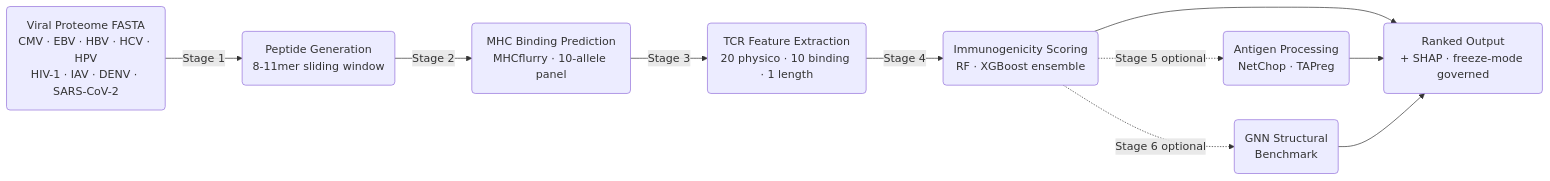
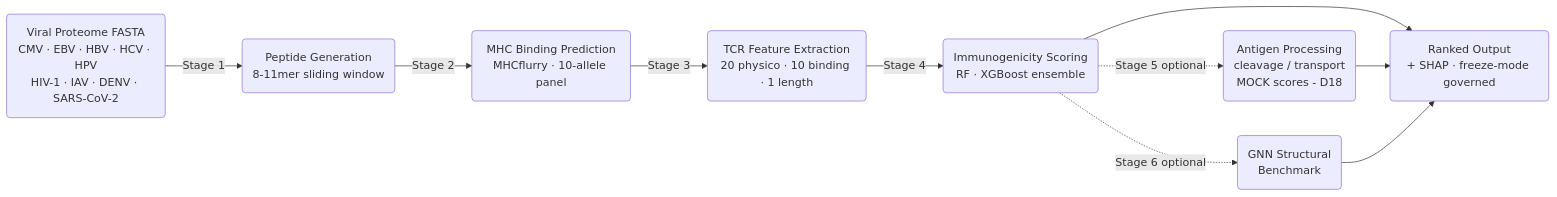
Before and after one commit to Gavin-Borges/SESTRAV: the diagram in README.md, drawn with Mermaid. The commit also changed other lines of this file and 14 other files, not shown here.

````diff
--- a/README.md
+++ b/README.md
@@ -169,12 +169,12 @@
 ```mermaid
 graph LR
     A("Viral Proteome FASTA<br/>CMV · EBV · HBV · HCV · HPV<br/>HIV-1 · IAV · DENV · SARS-CoV-2") -->|Stage 1| B("Peptide Generation<br/>8-11mer sliding window")
     B -->|Stage 2| C("MHC Binding Prediction<br/>MHCflurry · 10-allele panel")
     C -->|Stage 3| D("TCR Feature Extraction<br/>20 physico · 10 binding · 1 length")
     D -->|Stage 4| E("Immunogenicity Scoring<br/>RF · XGBoost ensemble")
-    E -.->|Stage 5 optional| F("Antigen Processing<br/>NetChop · TAPreg")
+    E -.->|Stage 5 optional| F("Antigen Processing<br/>cleavage / transport<br/>MOCK scores - D18")
     E -.->|Stage 6 optional| G("GNN Structural<br/>Benchmark")
     E --> H("Ranked Output<br/>+ SHAP · freeze-mode governed")
     F --> H
     G --> H
 ```
````
